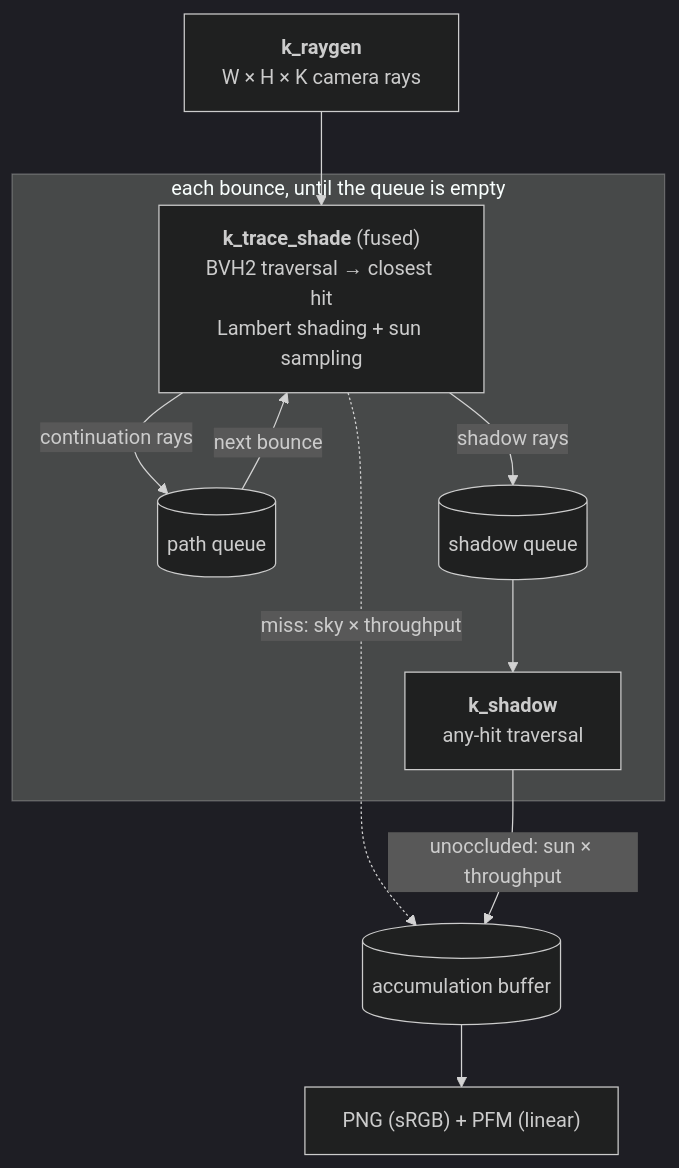
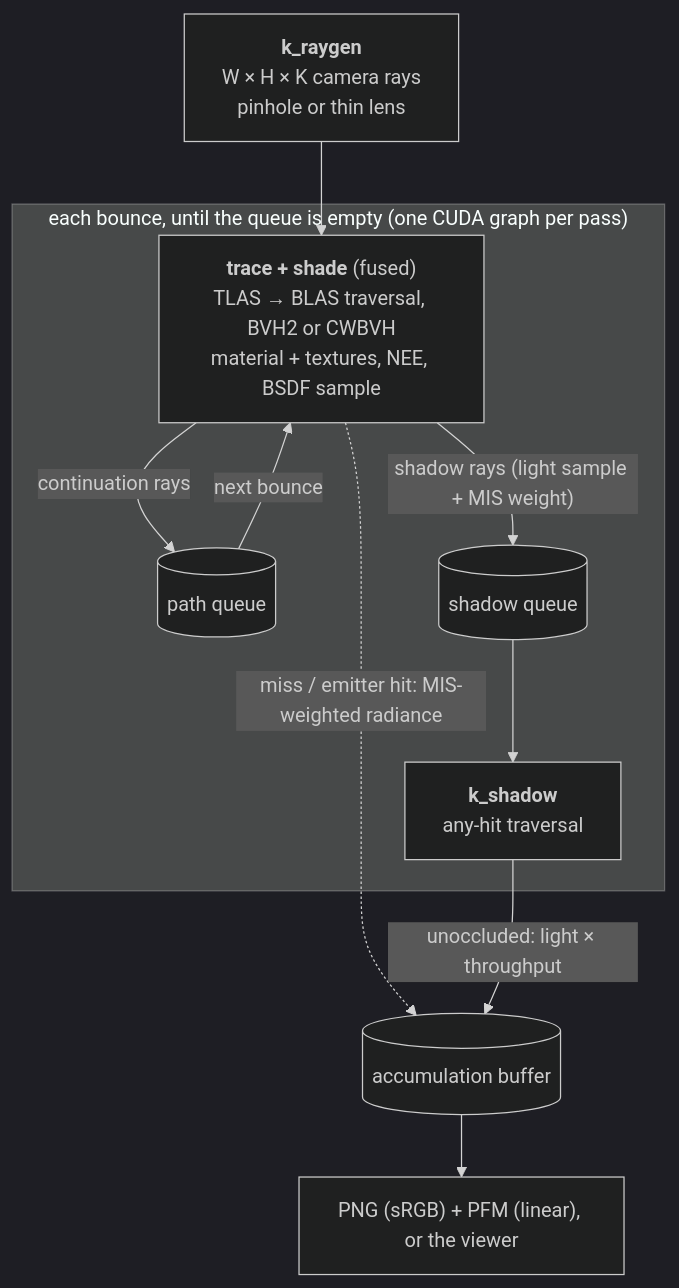
Before and after one commit to YJLi-new/cuda-wavefront-pathtracer: the diagram in README.md, drawn with Mermaid (dark theme). The commit also changed other lines of this file and 6 other files, not shown here.

````diff
--- a/README.md
+++ b/README.md
@@ -75,14 +143,14 @@
 ```mermaid
 flowchart TD
-    A["<b>k_raygen</b><br/>W × H × K camera rays"] --> B
-    subgraph L ["each bounce, until the queue is empty"]
-        B["<b>k_trace_shade</b> (fused)<br/>BVH2 traversal → closest hit<br/>Lambert shading + sun sampling"]
+    A["<b>k_raygen</b><br/>W × H × K camera rays<br/>pinhole or thin lens"] --> B
+    subgraph L ["each bounce, until the queue is empty (one CUDA graph per pass)"]
+        B["<b>trace + shade</b> (fused)<br/>TLAS → BLAS traversal, BVH2 or CWBVH<br/>material + textures, NEE, BSDF sample"]
         B -->|"continuation rays"| C[("path queue")]
-        B -->|"shadow rays"| D[("shadow queue")]
+        B -->|"shadow rays (light sample + MIS weight)"| D[("shadow queue")]
         D --> E["<b>k_shadow</b><br/>any-hit traversal"]
         C -->|"next bounce"| B
     end
-    B -.->|"miss: sky × throughput"| F[("accumulation buffer")]
-    E -->|"unoccluded: sun × throughput"| F
-    F --> G["PNG (sRGB) + PFM (linear)"]
+    B -.->|"miss / emitter hit: MIS-weighted radiance"| F[("accumulation buffer")]
+    E -->|"unoccluded: light × throughput"| F
+    F --> G["PNG (sRGB) + PFM (linear), or the viewer"]
 ```
````
